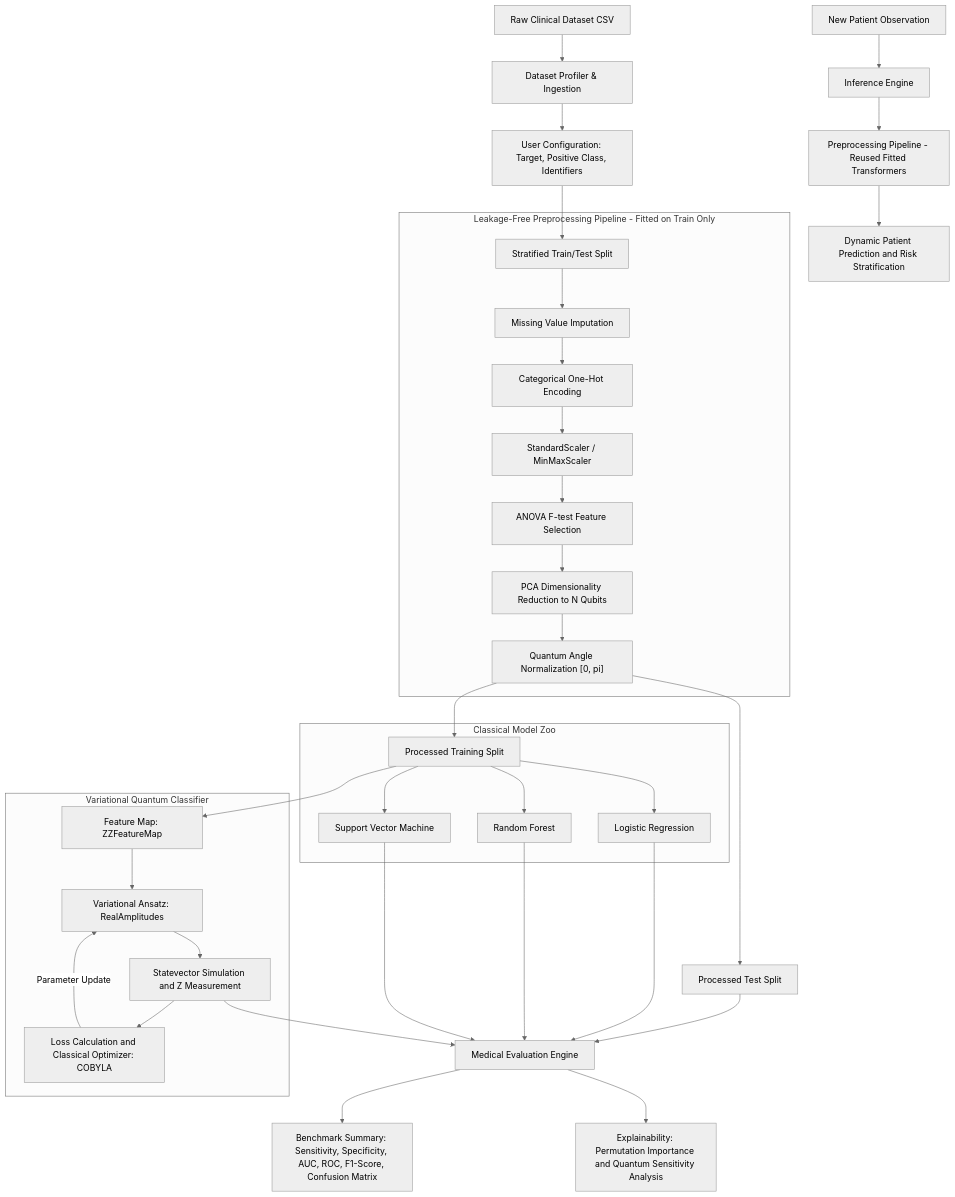
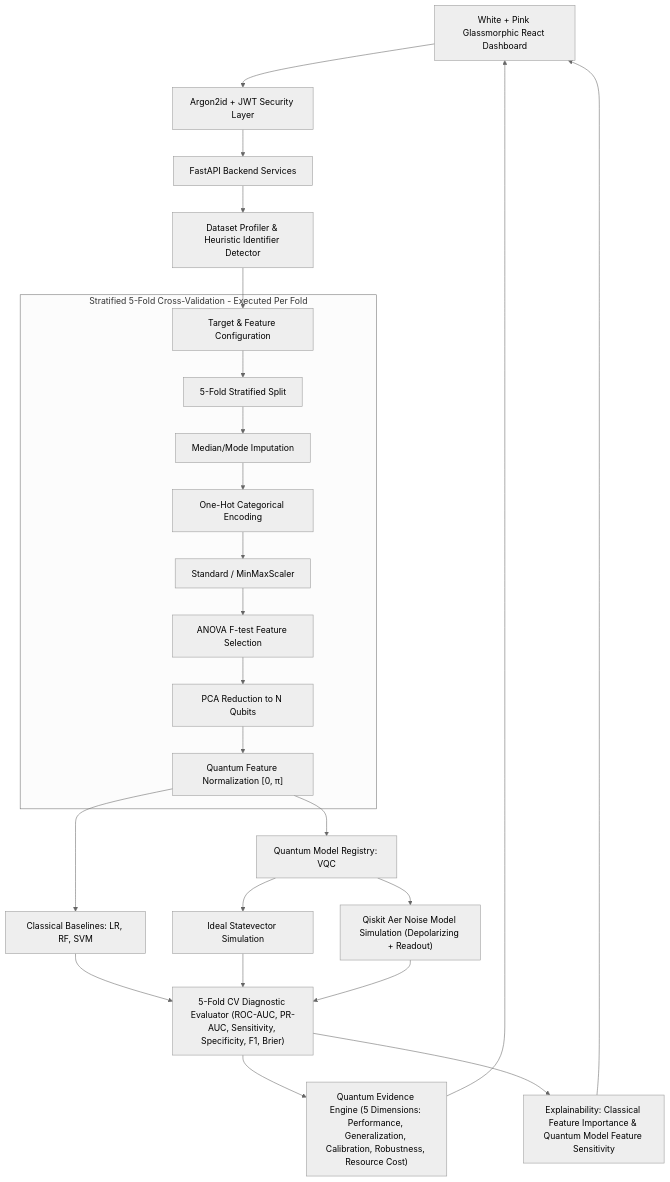
The diagram in README.md (guptashashank16/PROJECT-O2), drawn with Mermaid (neutral theme) before and after one commit. The commit also changed other lines of this file and 36 other files, not shown here.

Commit message:
Some features have been added to the project, including authentication, evidence engine, and noisy simulation. The following files have been modified or added:

````diff
--- a/README.md
+++ b/README.md
@@ -25,45 +31,33 @@
 ```mermaid
 flowchart TD
-    A["Raw Clinical Dataset CSV"] --> B["Dataset Profiler & Ingestion"]
-    B --> C["User Configuration: Target, Positive Class, Identifiers"]
-    C --> D["Stratified Train/Test Split"]
+    UI["White + Pink Glassmorphic React Dashboard"] --> Auth["Argon2id + JWT Security Layer"]
+    Auth --> API["FastAPI Backend Services"]
+    API --> Profiler["Dataset Profiler & Heuristic Identifier Detector"]
+    Profiler --> Config["Target & Feature Configuration"]
 
-    subgraph PreprocessingPipeline["Leakage-Free Preprocessing Pipeline - Fitted on Train Only"]
-        D --> E["Missing Value Imputation"]
-        E --> F["Categorical One-Hot Encoding"]
-        F --> G["StandardScaler / MinMaxScaler"]
-        G --> H["ANOVA F-test Feature Selection"]
-        H --> I["PCA Dimensionality Reduction to N Qubits"]
-        I --> J["Quantum Angle Normalization [0, pi]"]
+    subgraph LeakageFreeCV["Stratified 5-Fold Cross-Validation - Executed Per Fold"]
+        Config --> FoldSplit["5-Fold Stratified Split"]
+        FoldSplit --> Impute["Median/Mode Imputation"]
+        Impute --> Encode["One-Hot Categorical Encoding"]
+        Encode --> Scale["Standard / MinMaxScaler"]
+        Scale --> Select["ANOVA F-test Feature Selection"]
+        Select --> PCA["PCA Reduction to N Qubits"]
+        PCA --> Angle["Quantum Feature Normalization [0, π]"]
     end
 
-    J --> K["Processed Training Split"]
-    J --> L["Processed Test Split"]
+    Angle --> ClassicalZoo["Classical Baselines: LR, RF, SVM"]
+    Angle --> QRegistry["Quantum Model Registry: VQC"]
 
-    subgraph ClassicalBaselines["Classical Model Zoo"]
-        K --> M1["Logistic Regression"]
-        K --> M2["Random Forest"]
-        K --> M3["Support Vector Machine"]
-    end
+    QRegistry --> IdealSim["Ideal Statevector Simulation"]
+    QRegistry --> NoisySim["Qiskit Aer Noise Model Simulation (Depolarizing + Readout)"]
 
-    subgraph QuantumPipeline["Variational Quantum Classifier"]
-        K --> Q1["Feature Map: ZZFeatureMap"]
-        Q1 --> Q2["Variational Ansatz: RealAmplitudes"]
-        Q2 --> Q3["Statevector Simulation and Z Measurement"]
-        Q3 --> Q4["Loss Calculation and Classical Optimizer: COBYLA"]
-        Q4 -->|Parameter Update| Q2
-    end
+    ClassicalZoo --> Eval["5-Fold CV Diagnostic Evaluator (ROC-AUC, PR-AUC, Sensitivity, Specificity, F1, Brier)"]
+    IdealSim --> Eval
+    NoisySim --> Eval
 
-    L --> EV["Medical Evaluation Engine"]
-    M1 --> EV
-    M2 --> EV
-    M3 --> EV
-    Q3 --> EV
-
-    EV --> RES["Benchmark Summary: Sensitivity, Specificity, AUC, ROC, F1-Score, Confusion Matrix"]
-    EV --> EXP["Explainability: Permutation Importance and Quantum Sensitivity Analysis"]
-
-    NP["New Patient Observation"] --> INF["Inference Engine"]
-    INF --> PREP["Preprocessing Pipeline - Reused Fitted Transformers"]
-    PREP --> PRED["Dynamic Patient Prediction and Risk Stratification"]
+    Eval --> Evidence["Quantum Evidence Engine (5 Dimensions: Performance, Generalization, Calibration, Robustness, Resource Cost)"]
+    Eval --> Expl["Explainability: Classical Feature Importance & Quantum Model Feature Sensitivity"]
+    
+    Evidence --> UI
+    Expl --> UI
 ```
````
